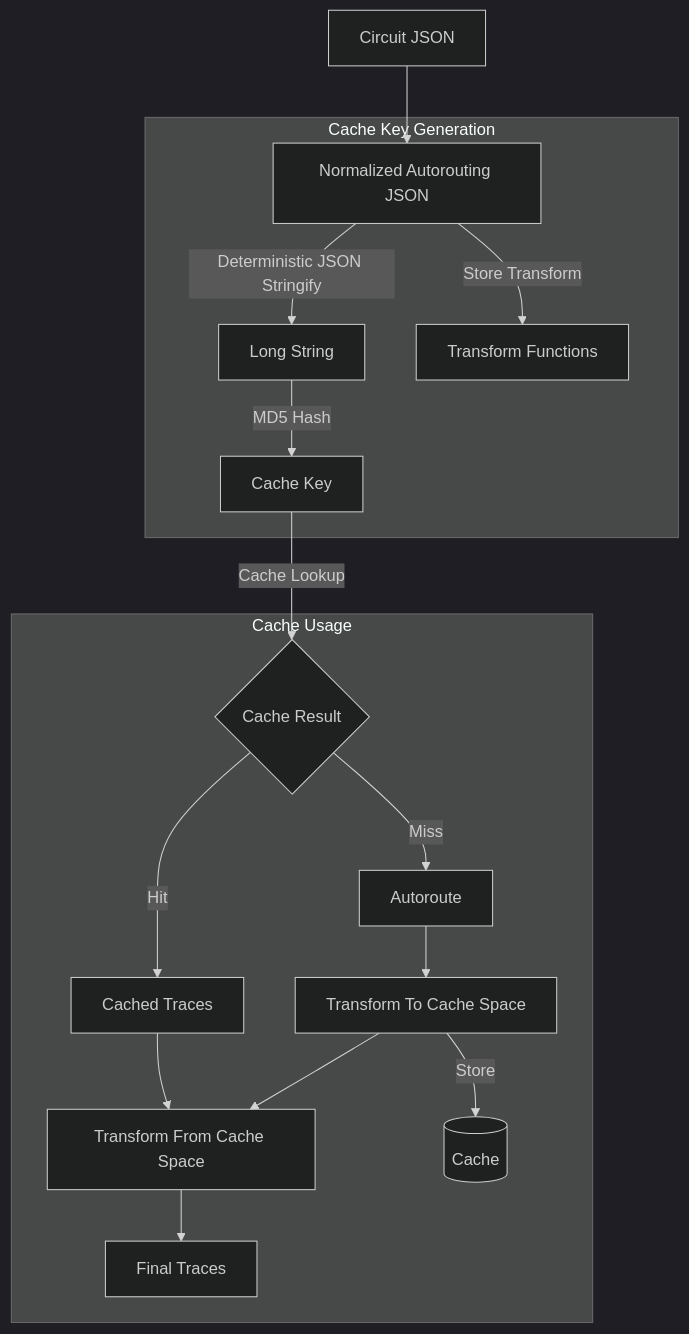
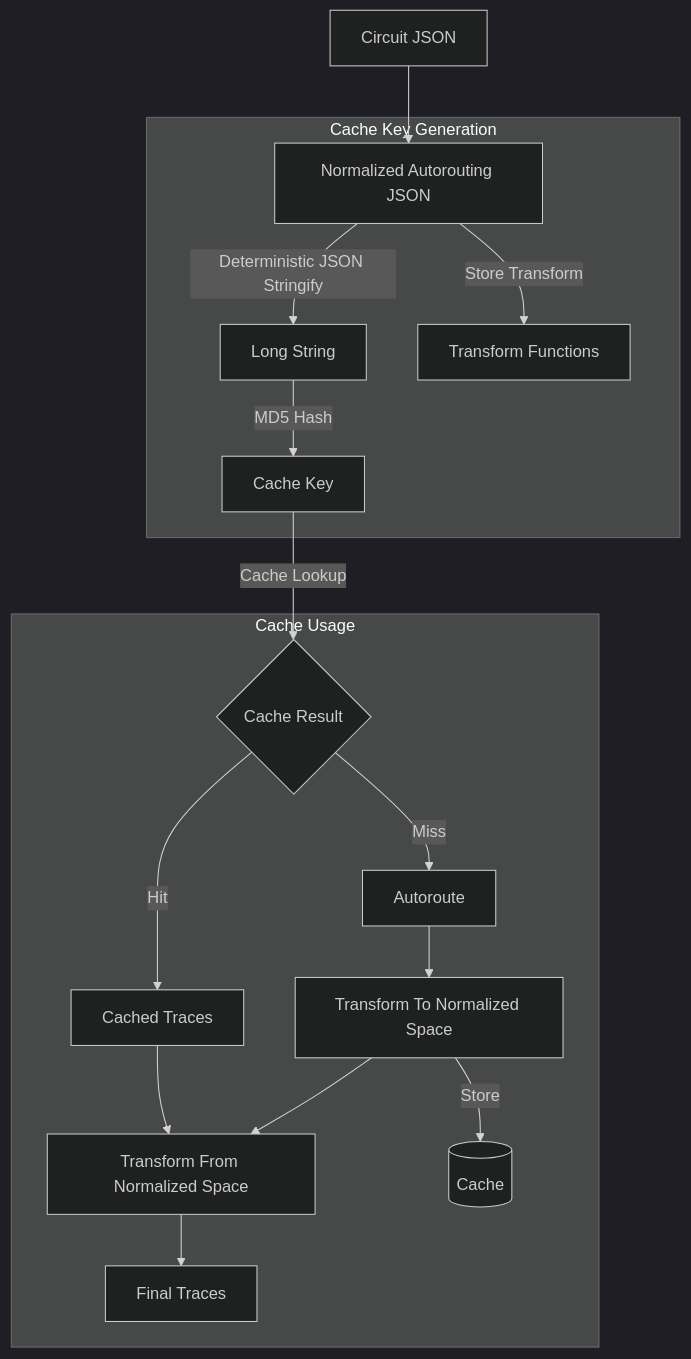
The diagram in README.md (tscircuit/autorouting-cache-engine), drawn with Mermaid (dark theme) before and after one commit. The commit also changed other lines of this file and 6 other files, not shown here.

Commit message:
renaming from "cache space" to "normalized space"

````diff
--- a/README.md
+++ b/README.md
@@ -47,28 +47,28 @@
 ```mermaid
 flowchart TD
     CJ[Circuit JSON] --> NAJ[Normalized Autorouting JSON]
     NAJ --> |Deterministic JSON Stringify| LS[Long String]
     LS --> |MD5 Hash| CK[Cache Key]
     NAJ --> |Store Transform| TF[Transform Functions]
 
     subgraph "Cache Key Generation"
         NAJ
         LS
         CK
         TF
     end
 
     subgraph "Cache Usage"
         CK --> |Cache Lookup| CR{Cache Result}
         CR -->|Hit| CT[Cached Traces]
         CR -->|Miss| AR[Autoroute]
 
-        CT --> TFR[Transform From Cache Space]
-        AR --> TTC[Transform To Cache Space]
+        CT --> TFR[Transform From Normalized Space]
+        AR --> TTC[Transform To Normalized Space]
 
         TTC --> |Store| Cache[(Cache)]
         TTC --> TFR
 
         TFR --> FT[Final Traces]
     end
 ```
````
